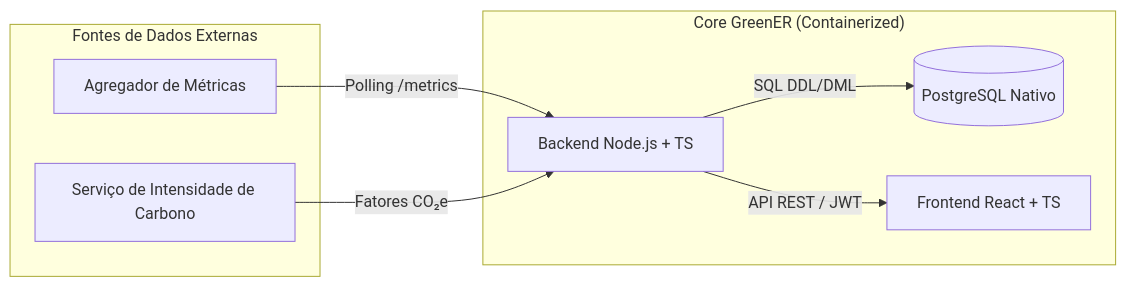
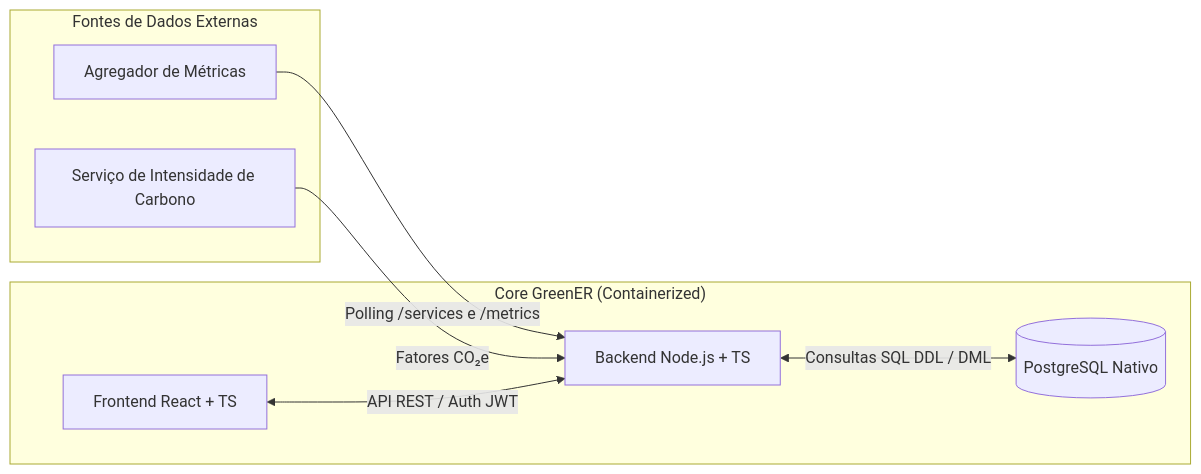
Before and after one commit to pentascripts-organization/EcoByteMetrics: the first of 4 diagrams in README.md, drawn with Mermaid. The commit also changed other lines of this file, not shown here.

````diff
--- a/README.md
+++ b/README.md
@@ -18,18 +17,19 @@
 ```mermaid
 graph LR
     subgraph "Fontes de Dados Externas"
         AM[Agregador de Métricas]
         SC[Serviço de Intensidade de Carbono]
     end
 
     subgraph "Core GreenER (Containerized)"
+        FE[Frontend React + TS]
         BE[Backend Node.js + TS]
         DB[(PostgreSQL Nativo)]
-        FE[Frontend React + TS]
     end
 
-    AM -->|Polling /metrics| BE
+    AM -->|Polling /services e /metrics| BE
     SC -->|Fatores CO₂e| BE
-    BE -->|SQL DDL/DML| DB
-    BE -->|API REST / JWT| FE
+    FE <-->|API REST / Auth JWT| BE
+    BE <-->|Consultas SQL DDL / DML| DB
+
 ```
````
